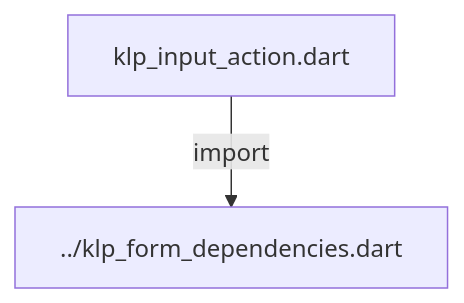
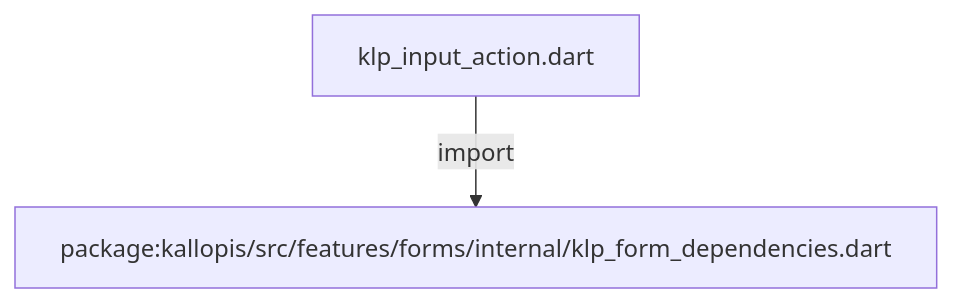
The first of 3 diagrams in docs/architecture/src/features/forms/internal/primitives/klp_input_action.md (MiuDog/Kallopis), drawn with Mermaid before and after one commit. The commit also changed other lines of this file and 9688 other files, not shown here.

Commit message:
Prepare isolated Flow F2 peer baseline

````diff
--- a/docs/architecture/src/features/forms/internal/primitives/klp_input_action.md
+++ b/docs/architecture/src/features/forms/internal/primitives/klp_input_action.md
@@ -11,6 +11,6 @@
 ```mermaid
 flowchart TD
 	n0["klp_input_action.dart"]
-	n1["../klp_form_dependencies.dart"]
+	n1["package:kallopis/src/features/forms/internal/klp_form_dependencies.dart"]
 	n0 -->|"import"| n1
 ```
````
